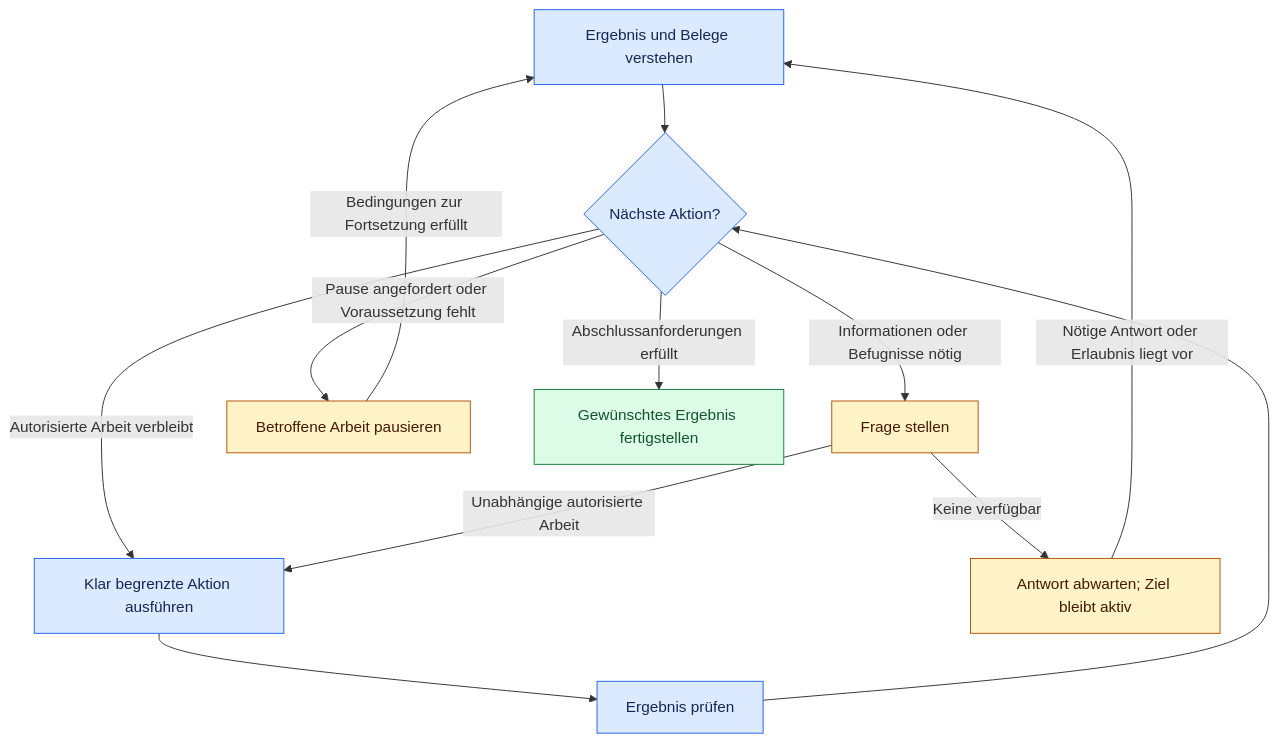
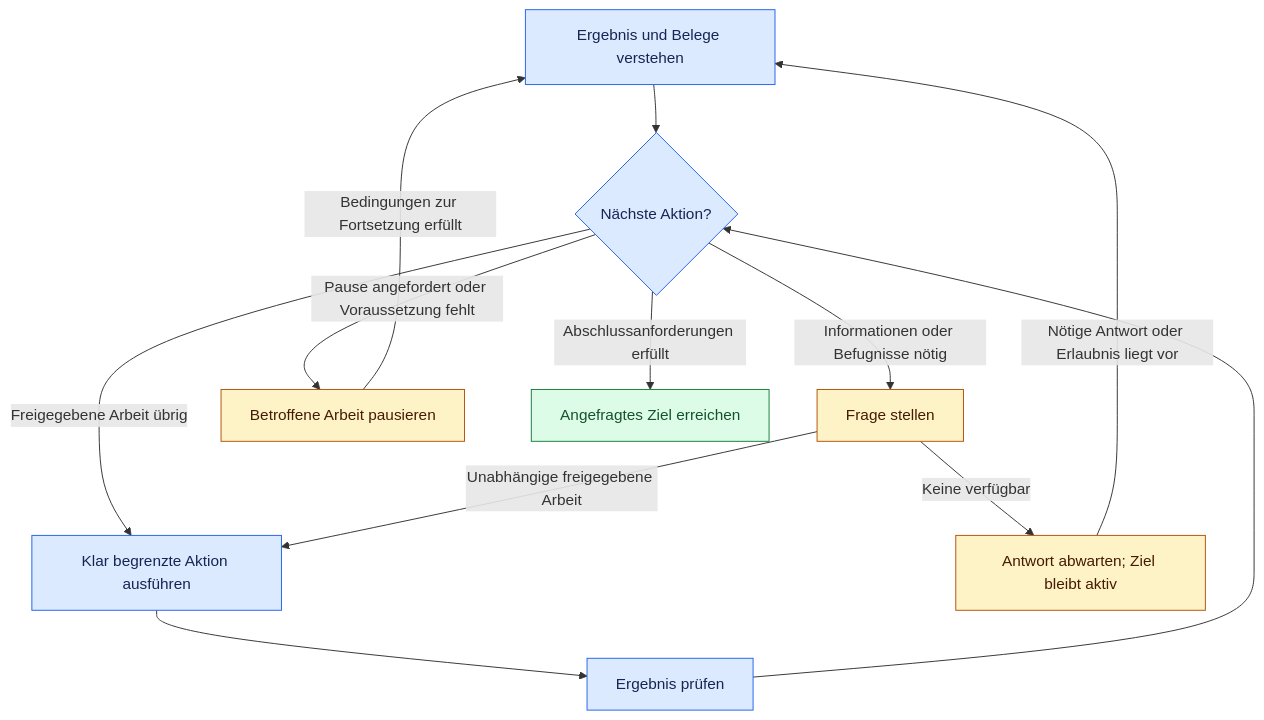
One commit to Lusona/ai-skills changed the diagram in README.de.md. Above: the diagram before and after it, drawn with Mermaid. The commit also changed other lines of this file and 5 other files, not shown here.

````diff
--- a/README.de.md
+++ b/README.de.md
@@ -160,21 +161,21 @@
 ```mermaid
 flowchart TD
     Understand[Ergebnis und Belege verstehen] --> Assess{Nächste Aktion?}
-    Assess -->|Autorisierte Arbeit verbleibt| Act[Klar begrenzte Aktion ausführen]
+    Assess -->|Freigegebene Arbeit übrig| Act[Klar begrenzte Aktion ausführen]
     Act --> Check[Ergebnis prüfen]
     Check --> Assess
     Assess -->|Informationen oder Befugnisse nötig| Ask[Frage stellen]
-    Ask -->|Unabhängige autorisierte Arbeit| Act
+    Ask -->|Unabhängige freigegebene Arbeit| Act
     Ask -->|Keine verfügbar| Wait[Antwort abwarten; Ziel bleibt aktiv]
     Wait -->|Nötige Antwort oder Erlaubnis liegt vor| Understand
     Assess -->|Pause angefordert oder Voraussetzung fehlt| Pause[Betroffene Arbeit pausieren]
     Pause -->|Bedingungen zur Fortsetzung erfüllt| Understand
-    Assess -->|Abschlussanforderungen erfüllt| Done[Gewünschtes Ergebnis fertigstellen]
+    Assess -->|Abschlussanforderungen erfüllt| Done[Angefragtes Ziel erreichen]
 
     classDef work fill:#dbeafe,stroke:#2563eb,color:#172554
     classDef input fill:#fef3c7,stroke:#b45309,color:#451a03
     classDef complete fill:#dcfce7,stroke:#15803d,color:#14532d
     class Understand,Assess,Act,Check work
     class Ask,Wait,Pause input
     class Done complete
 ```
````
